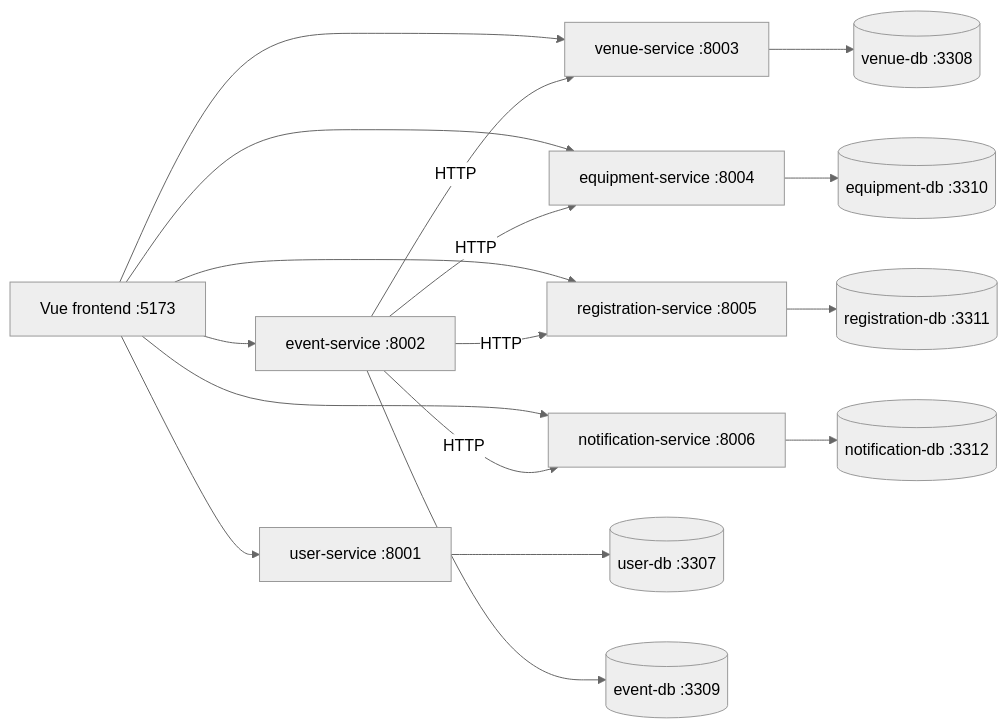
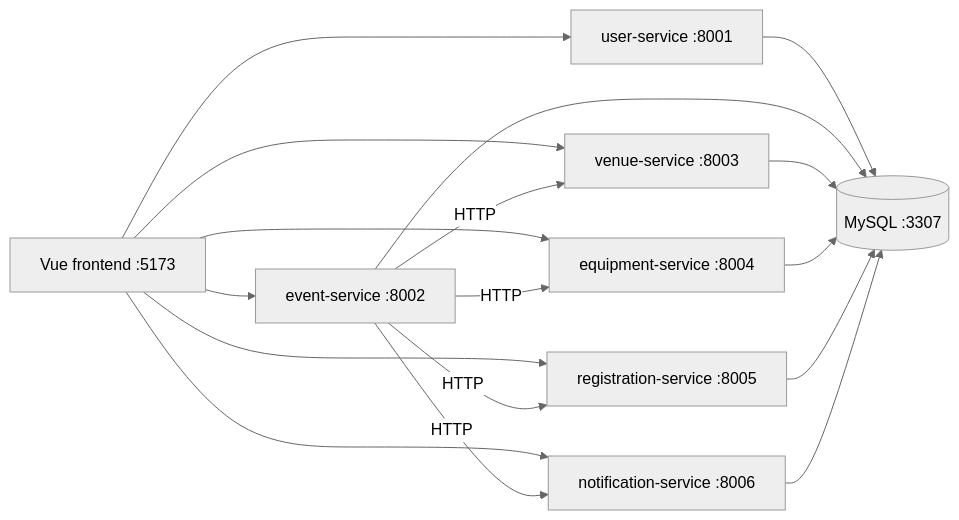
One commit to Matthewkhlr/SPM_G6T3 changed the diagram in docs/architecture.md. Above: the diagram before and after it, drawn with Mermaid (neutral theme). The commit also changed other lines of this file and 23 other files, not shown here.

````diff
--- a/docs/architecture.md
+++ b/docs/architecture.md
@@ -11,19 +11,19 @@
 ```mermaid
 flowchart LR
   Vue["Vue frontend :5173"] --> UserSvc["user-service :8001"]
   Vue --> EventSvc["event-service :8002"]
   Vue --> VenueSvc["venue-service :8003"]
   Vue --> EquipSvc["equipment-service :8004"]
   Vue --> RegSvc["registration-service :8005"]
   Vue --> NotifSvc["notification-service :8006"]
-  UserSvc --> UserDB[("user-db :3307")]
-  EventSvc --> EventDB[("event-db :3309")]
-  VenueSvc --> VenueDB[("venue-db :3308")]
-  EquipSvc --> EquipDB[("equipment-db :3310")]
-  RegSvc --> RegDB[("registration-db :3311")]
-  NotifSvc --> NotifDB[("notification-db :3312")]
+  UserSvc --> MySQL[("MySQL :3307")]
+  EventSvc --> MySQL
+  VenueSvc --> MySQL
+  EquipSvc --> MySQL
+  RegSvc --> MySQL
+  NotifSvc --> MySQL
   EventSvc -->|"HTTP"| VenueSvc
   EventSvc -->|"HTTP"| EquipSvc
   EventSvc -->|"HTTP"| RegSvc
   EventSvc -->|"HTTP"| NotifSvc
 ```
````
